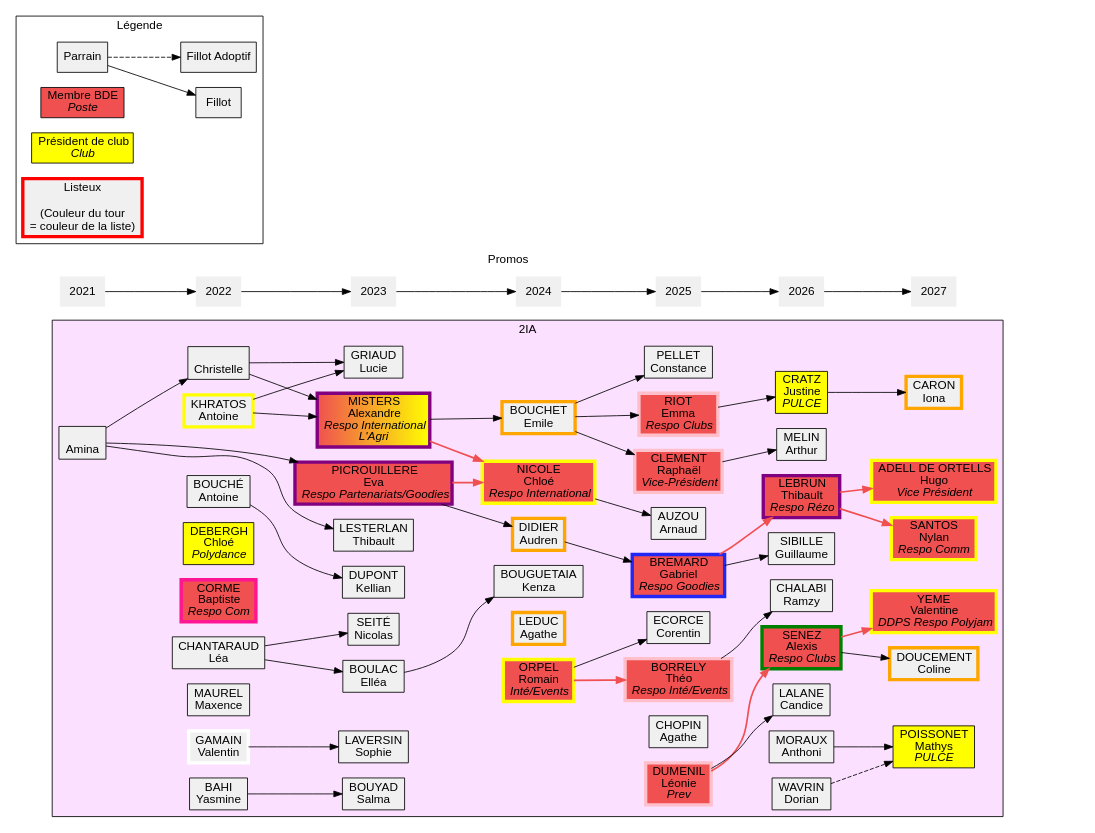
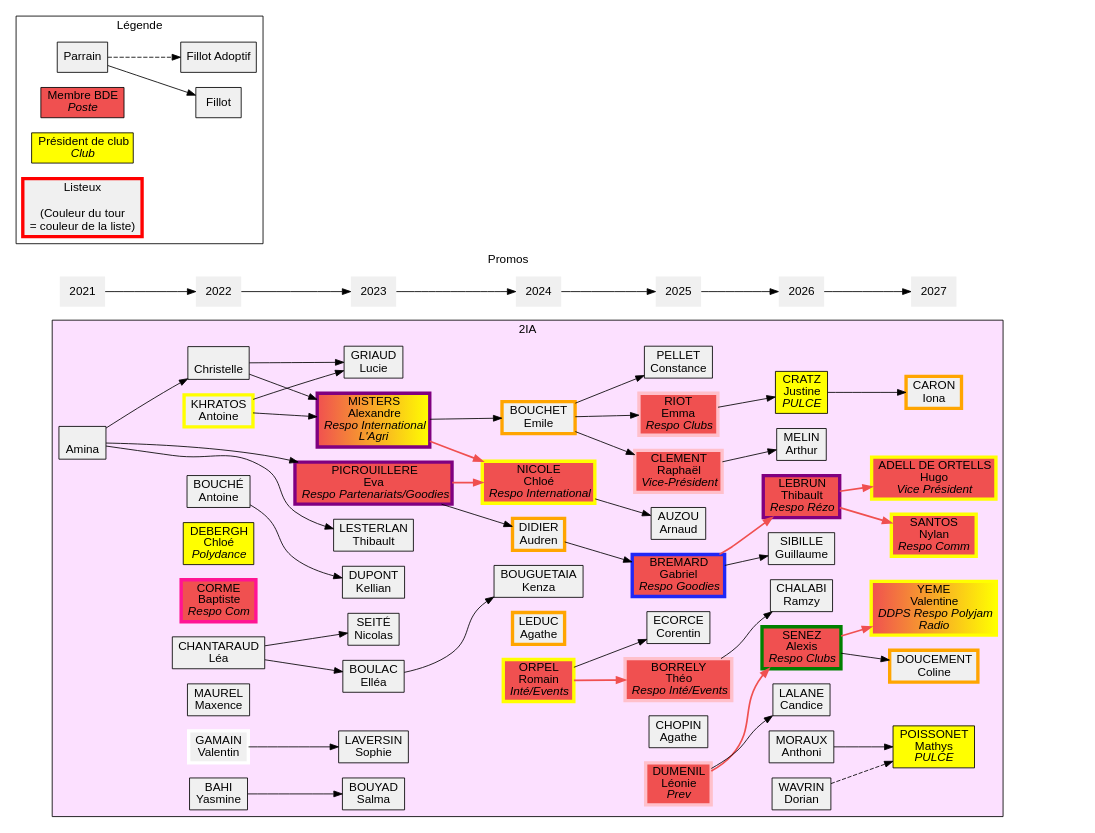
Before and after one commit to LeBenyeh/poly_gen: the diagram in 2ia.dot, drawn with Graphviz. The commit also changed 1 other file, not shown here.

Commit message:
Ajout de valentine en prez Radio

```diff
--- a/2ia.dot
+++ b/2ia.dot
@@ -1,168 +1,168 @@
 digraph iia {
 	graph [
 		charset = "UTF-8";
 		style = filled;
 		fontname = "Arial";
 	];
 
 	node [
 		shape = box;
 		style = filled;
 		fillcolor = "#f0f0f0";
 		fontname = "Arial";
 	];
 
 	rankdir = LR;
 
 	subgraph cluster_promos {
 		label = "Promos";
 		penwidth = 0;
 		color = none;
 		node [shape = none];
 
 		"2021" -> "2022" -> "2023" -> "2024" -> "2025" -> "2026" -> "2027";
 	}
     	subgraph cluster_legende {
 		label = "Légende";
 		fillcolor = none;
 
 		leg_parrain	[label = "Parrain"];
 		leg_fillot	[label = "Fillot"];
 		leg_fillotadop	[label = "Fillot Adoptif"];
 		leg_BDE		[label = <Membre BDE<BR/><I>Poste</I>> fillcolor="#f05050"];
 		leg_prez	[label = <Président de club<BR/><I>Club</I>> fillcolor="yellow"];
 		leg_listeux	[label = "Listeux\n\n(Couleur du tour\n = couleur de la liste)" penwidth=4 color="red"];
 
 		leg_parrain -> leg_fillot;
 		leg_parrain -> leg_fillotadop [style = "dashed"];
 	}
 	
 	subgraph cluster_2IA {
 		label = "2IA";
 		fillcolor = "#FCE0FF";
 
 		{ rank="same";
 			amina		[label = "\nAmina"];
 		}
 
 		{ rank="same";
 			antoinebouch	[label = "BOUCHÉ\nAntoine"];
 			antoinekhra	[label = "KHRATOS\nAntoine" penwidth=4 color="yellow"];
 			chloedeb	[label = <DEBERGH<BR/>Chloé<BR/><I>Polydance</I>> fillcolor="yellow"];
 			christelle	[label = "\nChristelle"];
 			joker		[label = <CORME<BR/>Baptiste<BR/><I>Respo Com</I>> fillcolor="#f05050" penwidth=4 color="deeppink"];
 			leachantar	[label = "CHANTARAUD\nLéa"];
 			maxencemor	[label = "MAUREL\nMaxence"];
 			valentingam	[label = "GAMAIN\nValentin" penwidth=4 color="white"];
 			yasminebahi	[label = "BAHI\nYasmine"];
 		}
 		amina -> christelle;
 
 
 		{ rank="same";
 			evapicrou	[label = <PICROUILLERE<BR/>Eva<BR/><I>Respo Partenariats/Goodies</I>> fillcolor="#f05050" penwidth=4 color="purple"];
 			
 			
 			kelliandup	[label = "DUPONT\nKellian"];
 			luciegria	[label = "GRIAUD\nLucie"];
 			nicolatseite	[label = "SEITÉ\nNicolas"];
 			elboulac	[label = "BOULAC\nElléa"];
 			salmabouyad	[label = "BOUYAD\nSalma"];
 			smitty		[label = <MISTERS<BR/>Alexandre<BR/><I>Respo International<BR/>L'Agri</I>> fillcolor="#f05050:yellow" penwidth=4 color="purple"];
 			sophielaver	[label = "LAVERSIN\nSophie"];
 			thibaultleste	[label = "LESTERLAN\nThibault"];
 
 			//portalSE	[label = " \nSE\n " shape="ellipse" penwidth=6 color="orange" fillcolor="#FFE0E0"];
 		}
 		amina -> evapicrou;
 		amina -> thibaultleste;
 		antoinebouch -> kelliandup;
 		antoinekhra -> luciegria;
 		antoinekhra -> smitty;
 		christelle -> luciegria;
 		christelle -> smitty;
 		leachantar -> nicolatseite;
 		leachantar -> elboulac;
 		valentingam -> sophielaver;
 		yasminebahi -> salmabouyad;
 
 		{ rank="same";
 			chloenico	[label = <NICOLE<BR/>Chloé<BR/><I>Respo International</I>> fillcolor="#f05050" penwidth=4 color="yellow"];
 			didieraud	[label = "DIDIER\nAudren" penwidth=4 color="orange"];
 			emilebct	[label = "BOUCHET \nEmile" penwidth=4 color="orange"];
 			agatleduc	[label = "LEDUC\nAgathe" penwidth=4 color="orange"];
 			romainorp	[label = <ORPEL<BR/>Romain<BR/><I>Inté/Events</I>> fillcolor="#f05050" penwidth=4 color="yellow"];
 			kbouguetaia [label="BOUGUETAIA\nKenza"];
 
 		}
 		elboulac -> kbouguetaia;
 		evapicrou -> chloenico [penwidth=2 color = "#f05050"];
 		evapicrou -> didieraud;
 		smitty -> chloenico [penwidth=2 color = "#f05050"];
 		smitty -> emilebct;
 		
 		{ rank="same";
 			arnaudauz  [label = "AUZOU\nArnaud"];
 			constancep [label = "PELLET\nConstance"];
 			agathechop [label = "CHOPIN\nAgathe"];
 			raphaelcle [label = <CLEMENT<BR/>Raphaël<BR/><I>Vice-Président</I>> fillcolor="#f05050" penwidth=4 color="pink"];
 			emmariot   [label = <RIOT<BR/>Emma<BR/><I>Respo Clubs</I>> fillcolor="#f05050" penwidth=4 color="pink"];
 			ldumenil   [label = <DUMENIL<BR/>Léonie<BR/><I>Prev</I>> fillcolor="#f05050" penwidth=4 color="pink"];
 			corentinec [label = "ECORCE\nCorentin"];
 			theoborel  [label = <BORRELY<BR/>Théo<BR/><I>Respo Inté/Events</I>> fillcolor="#f05050" penwidth=4 color="pink"]; 
 			gabrielbr  [label = <BREMARD<BR/>Gabriel<BR/><I>Respo Goodies</I>> fillcolor="#f05050" penwidth=4 color="#2128f5"];
 		}
 		romainorp -> corentinec;
 		romainorp -> theoborel [penwidth=2 color = "#f05050"];
 		emilebct -> constancep;
 		emilebct -> raphaelcle;
 		emilebct -> emmariot;
 		chloenico->arnaudauz;
 		didieraud -> gabrielbr;
 
 
 		{ rank="same";
 			amelin 		[label = "MELIN\nArthur"];
 			rchalabi    [label = "CHALABI\nRamzy"];
 			asenez 		[label = <SENEZ<BR/>Alexis<BR/><I>Respo Clubs</I>> fillcolor="#f05050" penwidth=4 color="green"];
 			tlebrun 	[label = <LEBRUN<BR/>Thibault<BR/><I>Respo Rézo</I>> fillcolor="#f05050" penwidth=4 color="purple"];
 			jcratz		[label =<CRATZ<BR/>Justine<BR/><I>PULCE</I>> fillcolor="yellow"];
 			clalance	[label = "LALANE\nCandice"];
 			gsibille 	[label = "SIBILLE\nGuillaume"];
 			amoraux		[label = "MORAUX\nAnthoni"];
 			dwavrin		[label = "WAVRIN\nDorian"];
 
 		}
 			theoborel ->rchalabi
 			raphaelcle->amelin;
 			ldumenil->asenez [penwidth=2 color = "#f05050"];
 			ldumenil->clalance;
 			gabrielbr->tlebrun [penwidth=2 color = "#f05050"];
 			gabrielbr->gsibille;
 			emmariot->jcratz;
 		
 		//portalSE -> romainorp [style=dashed penwidth=2 color="#f05050"];
 
 		{ rank="same";
 			mpoissonet 		[label = <POISSONET<BR/>Mathys<BR/><I>PULCE</I>> fillcolor="yellow"];
 			hadell 	   		[label = <ADELL DE ORTELLS<BR/>Hugo<BR/><I>Vice Président</I>> fillcolor="#f05050" penwidth=4 color="yellow"];
 			icaron 			[label = <CARON<BR/>Iona<BR/>>  penwidth=4 color="orange"];
 			cdoucement 		[label = <DOUCEMENT<BR/>Coline<BR/>> penwidth=4 color="orange"];
 			nsantos			[label =<SANTOS<BR/>Nylan<BR/><I>Respo Comm</I>> fillcolor="#f05050" penwidth=4 color="yellow"];
- 			vyeme			[label =<YEME<BR/>Valentine<BR/><I>DDPS Respo Polyjam</I>> fillcolor="#f05050" penwidth=4 color="yellow"];
+ 			vyeme			[label =<YEME<BR/>Valentine<BR/><I>DDPS Respo Polyjam<BR/>Radio</I>> fillcolor="#f05050:yellow" penwidth=4 color="yellow"];
 		}
 		amoraux -> mpoissonet;
 		dwavrin -> mpoissonet [style=dashed];
 		tlebrun -> hadell [penwidth=2 color = "#f05050"];
 		jcratz -> icaron;
 		asenez -> cdoucement;
 		tlebrun -> nsantos [penwidth=2 color = "#f05050"];
 		asenez -> vyeme [penwidth=2 color = "#f05050"];
 		
 	}
 
 	endnode [style=invis];
 
 	mpoissonet -> endnode [style=invis];
 	"2027" -> endnode [style=invis];
 }
```
